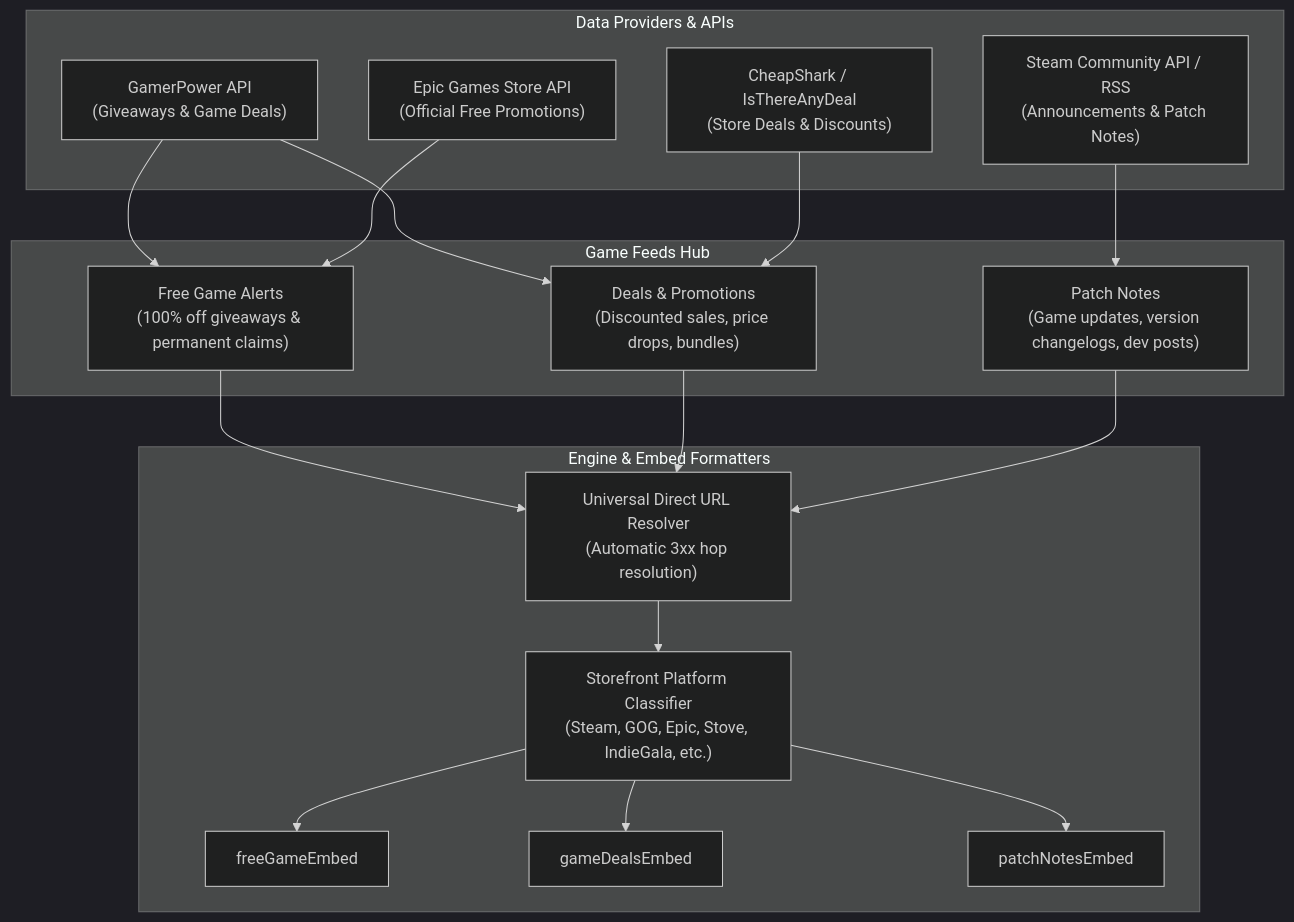
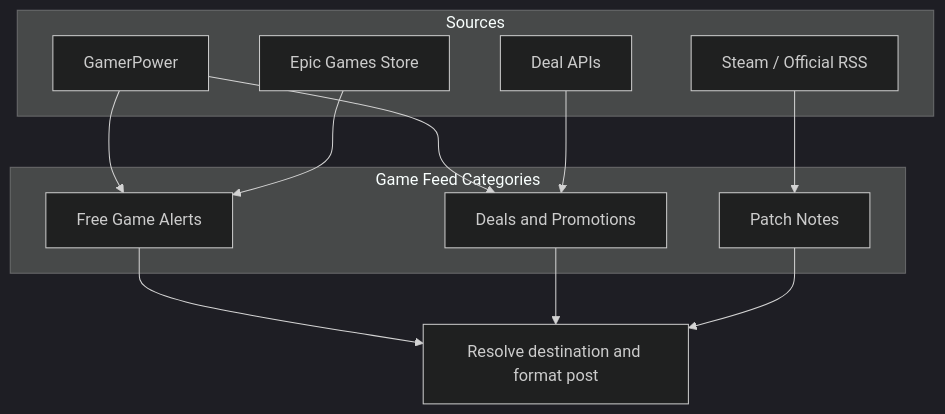
Before and after one commit to HELIX-Origin/HELIX-Discord-Bot: the first of 3 diagrams in ROADMAP.md, drawn with Mermaid (dark theme). The commit also changed other lines of this file and 3 other files, not shown here.

````diff
--- a/ROADMAP.md
+++ b/ROADMAP.md
@@ -19,31 +26,18 @@
 ```mermaid
 flowchart TD
-    subgraph GameFeeds["Game Feeds Hub"]
-        F1["Free Game Alerts<br/>(100% off giveaways & permanent claims)"]
-        F2["Deals & Promotions<br/>(Discounted sales, price drops, bundles)"]
-        F3["Patch Notes<br/>(Game updates, version changelogs, dev posts)"]
+    subgraph Categories["Game Feed Categories"]
+        F1["Free Game Alerts"]
+        F2["Deals and Promotions"]
+        F3["Patch Notes"]
     end
-
-    subgraph Providers["Data Providers & APIs"]
-        P1["GamerPower API<br/>(Giveaways & Game Deals)"]
-        P2["Epic Games Store API<br/>(Official Free Promotions)"]
-        P3["Steam Community API / RSS<br/>(Announcements & Patch Notes)"]
-        P4["CheapShark / IsThereAnyDeal<br/>(Store Deals & Discounts)"]
+    subgraph Providers["Sources"]
+        P1["GamerPower"]
+        P2["Epic Games Store"]
+        P3["Steam / Official RSS"]
+        P4["Deal APIs"]
     end
-
-    subgraph CoreEngine["Engine & Embed Formatters"]
-        R1["Universal Direct URL Resolver<br/>(Automatic 3xx hop resolution)"]
-        R2["Storefront Platform Classifier<br/>(Steam, GOG, Epic, Stove, IndieGala, etc.)"]
-        E1["freeGameEmbed"]
-        E2["gameDealsEmbed"]
-        E3["patchNotesEmbed"]
-    end
-
     P1 & P2 --> F1
     P1 & P4 --> F2
     P3 --> F3
-
-    F1 & F2 & F3 --> R1
-    R1 --> R2
-    R2 --> E1 & E2 & E3
+    F1 & F2 & F3 --> R["Resolve destination and format post"]
 ```
````
